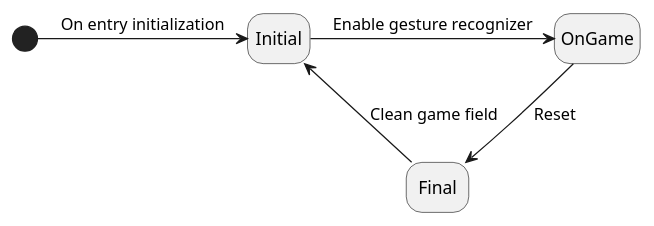
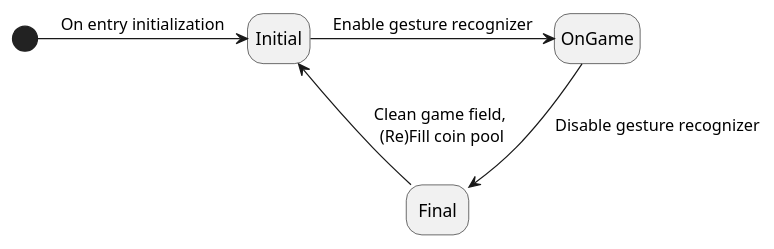
Before and after one commit to tatsuya19871219/MauiGomokuNarabeGame: the third of 3 diagrams in uml/GomokuNarabe.puml, drawn with PlantUML. The commit also changed other lines of this file, not shown here.

Commit message:
Update UML

```diff
--- a/uml/GomokuNarabe.puml
+++ b/uml/GomokuNarabe.puml
@@ -78,9 +90,9 @@
 @startuml AppState
 
 hide empty description
 [*] -> Initial : On entry initialization
 Initial -> OnGame : Enable gesture recognizer
-OnGame --> Final : Reset
-Final --> Initial : Clean game field
+OnGame --> Final : Disable gesture recognizer
+Final --> Initial : Clean game field, \n(Re)Fill coin pool
 
 @enduml
```
